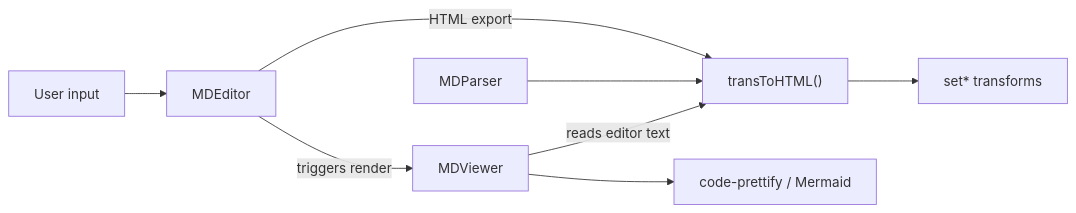
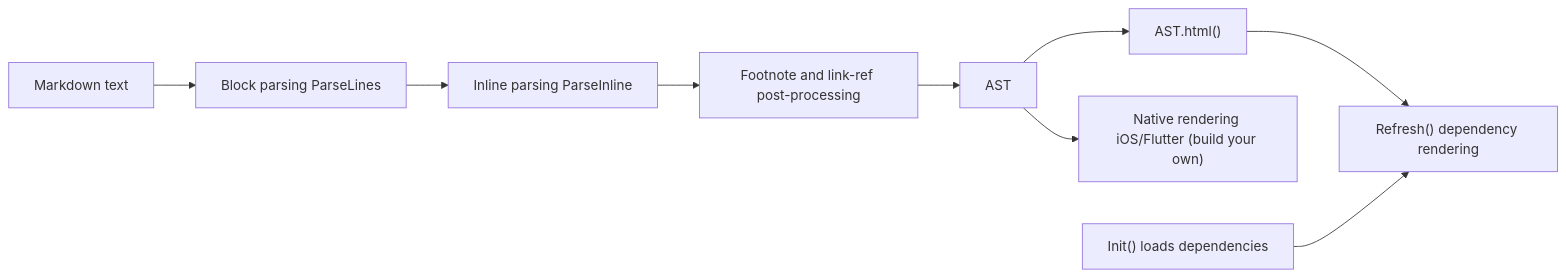
One commit to pardnchiu/NanoMD changed the diagram in README.md. Above: the diagram before and after it, drawn with Mermaid. The commit also changed other lines of this file and 7 other files, not shown here.

````diff
--- a/README.md
+++ b/README.md
@@ -41,10 +57,11 @@
 ```mermaid
 graph LR
-    User[User input] --> Editor[MDEditor]
-    Editor -->|triggers render| Viewer[MDViewer]
-    Viewer -->|reads editor text| Trans["transToHTML()"]
-    Parser[MDParser] --> Trans
-    Editor -->|HTML export| Trans
-    Trans --> Funcs[set* transforms]
-    Viewer --> Runtime[code-prettify / Mermaid]
+    Input[Markdown text] --> Block[Block parsing ParseLines]
+    Block --> Inline[Inline parsing ParseInline]
+    Inline --> Post[Footnote and link-ref post-processing]
+    Post --> AST[AST]
+    AST --> HTML["AST.html()"]
+    AST --> Native["Native rendering iOS/Flutter (build your own)"]
+    HTML --> Refresh["Refresh() dependency rendering"]
+    Init["Init() loads dependencies"] --> Refresh
 ```
````
